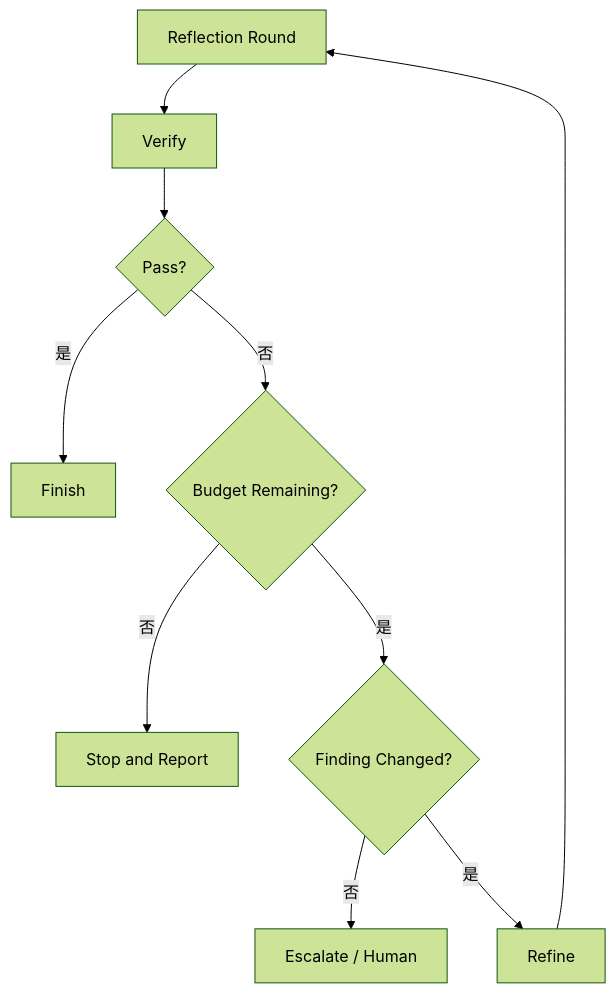
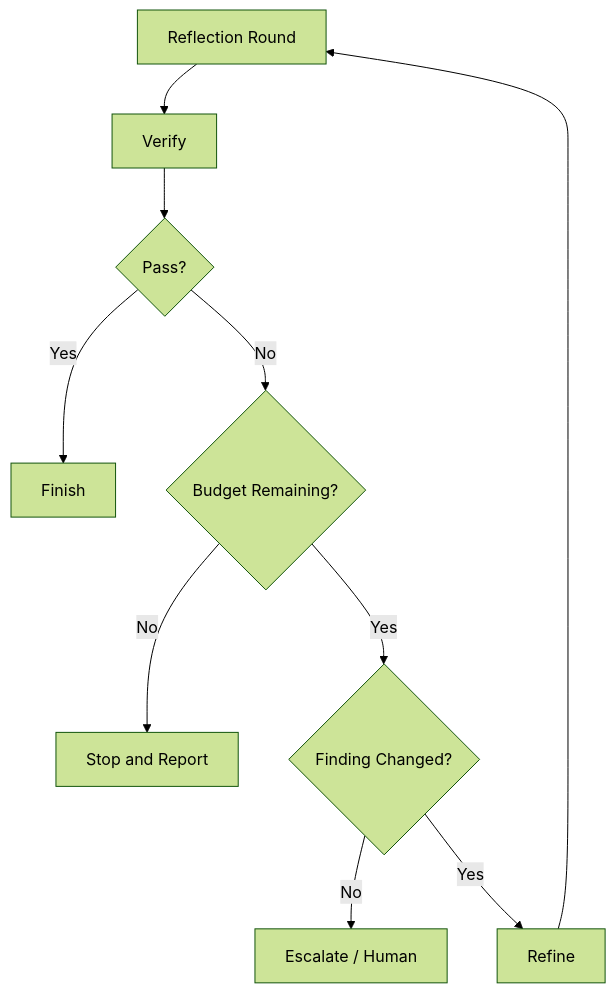
Before and after one commit to oneleaveknowsthefall/awesome-ai-roadmap: diagram 22 of 23 in docs/agent/02-reasoning-planning/12-agent-reflection.md, drawn with Mermaid (forest theme). The commit also changed other lines of this file and 68 other files, not shown here.

````diff
--- a/docs/agent/02-reasoning-planning/12-agent-reflection.md
+++ b/docs/agent/02-reasoning-planning/12-agent-reflection.md
@@ -1026,12 +1026,12 @@
 ```mermaid
 flowchart TB
     R[Reflection Round] --> V[Verify]
     V --> P{Pass?}
-    P -->|是| DONE[Finish]
-    P -->|否| B{Budget Remaining?}
-    B -->|否| STOP[Stop and Report]
-    B -->|是| I{Finding Changed?}
-    I -->|否| ESC[Escalate / Human]
-    I -->|是| FIX[Refine]
+    P -->|Yes| DONE[Finish]
+    P -->|No| B{Budget Remaining?}
+    B -->|No| STOP[Stop and Report]
+    B -->|Yes| I{Finding Changed?}
+    I -->|No| ESC[Escalate / Human]
+    I -->|Yes| FIX[Refine]
     FIX --> R
 ```
````
